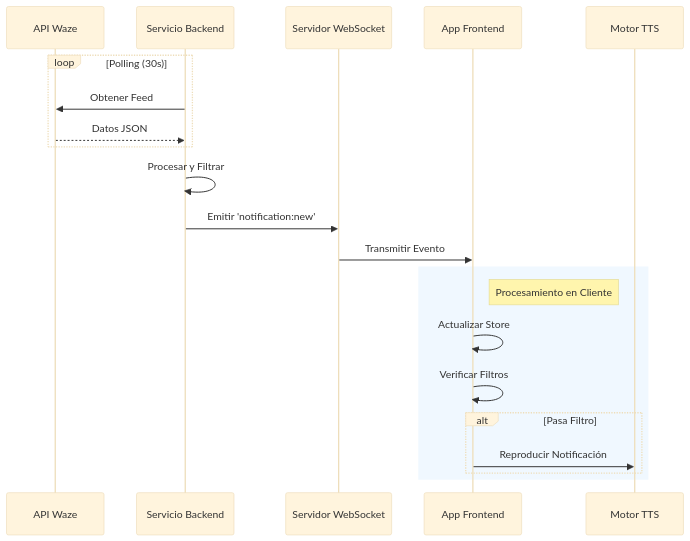
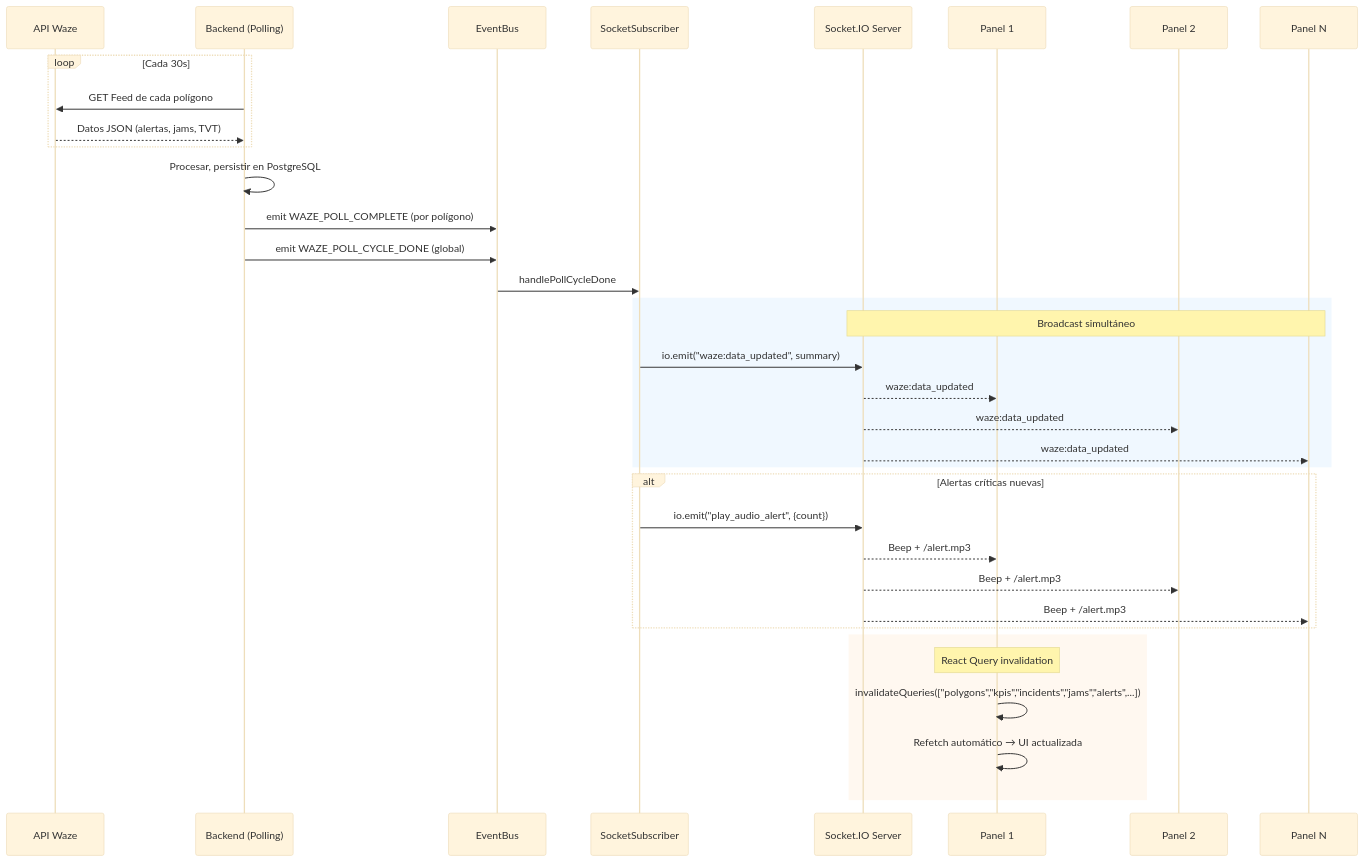
Before and after one commit to jgaliano0806/Panel-Ejecutivo-Pol-gonos-Waze-Monitoreados: the third of 4 diagrams in docs/ARCHITECTURE.md, drawn with Mermaid (base theme). The commit also changed other lines of this file and 9 other files, not shown here.

First line of the commit message:
feat(realtime): reemplazar polling por WebSocket push para datos Waze

````diff
--- a/docs/ARCHITECTURE.md
+++ b/docs/ARCHITECTURE.md
@@ -248,26 +262,42 @@
 ```mermaid
 sequenceDiagram
     participant W as API Waze
-    participant S as Servicio Backend
-    participant WS as Servidor WebSocket
-    participant F as App Frontend
-    participant TTS as Motor TTS
+    participant S as Backend (Polling)
+    participant EB as EventBus
+    participant SS as SocketSubscriber
+    participant WS as Socket.IO Server
+    participant F1 as Panel 1
+    participant F2 as Panel 2
+    participant Fn as Panel N
 
-    loop Polling (30s)
-        S->>W: Obtener Feed
-        W-->>S: Datos JSON
+    loop Cada 30s
+        S->>W: GET Feed de cada polígono
+        W-->>S: Datos JSON (alertas, jams, TVT)
     end
 
-    S->>S: Procesar y Filtrar
-    S->>WS: Emitir 'notification:new'
-    WS->>F: Transmitir Evento
+    S->>S: Procesar, persistir en PostgreSQL
+    S->>EB: emit WAZE_POLL_COMPLETE (por polígono)
+    S->>EB: emit WAZE_POLL_CYCLE_DONE (global)
+    EB->>SS: handlePollCycleDone
 
     rect rgb(240, 248, 255)
-        note right of F: Procesamiento en Cliente
-        F->>F: Actualizar Store
-        F->>F: Verificar Filtros
-        alt Pasa Filtro
-            F->>TTS: Reproducir Notificación
-        end
+        note over WS, Fn: Broadcast simultáneo
+        SS->>WS: io.emit("waze:data_updated", summary)
+        WS-->>F1: waze:data_updated
+        WS-->>F2: waze:data_updated
+        WS-->>Fn: waze:data_updated
+    end
+
+    alt Alertas críticas nuevas
+        SS->>WS: io.emit("play_audio_alert", {count})
+        WS-->>F1: Beep + /alert.mp3
+        WS-->>F2: Beep + /alert.mp3
+        WS-->>Fn: Beep + /alert.mp3
+    end
+
+    rect rgb(255, 248, 240)
+        note over F1: React Query invalidation
+        F1->>F1: invalidateQueries(["polygons","kpis","incidents","jams","alerts",...])
+        F1->>F1: Refetch automático → UI actualizada
     end
 ```
````
